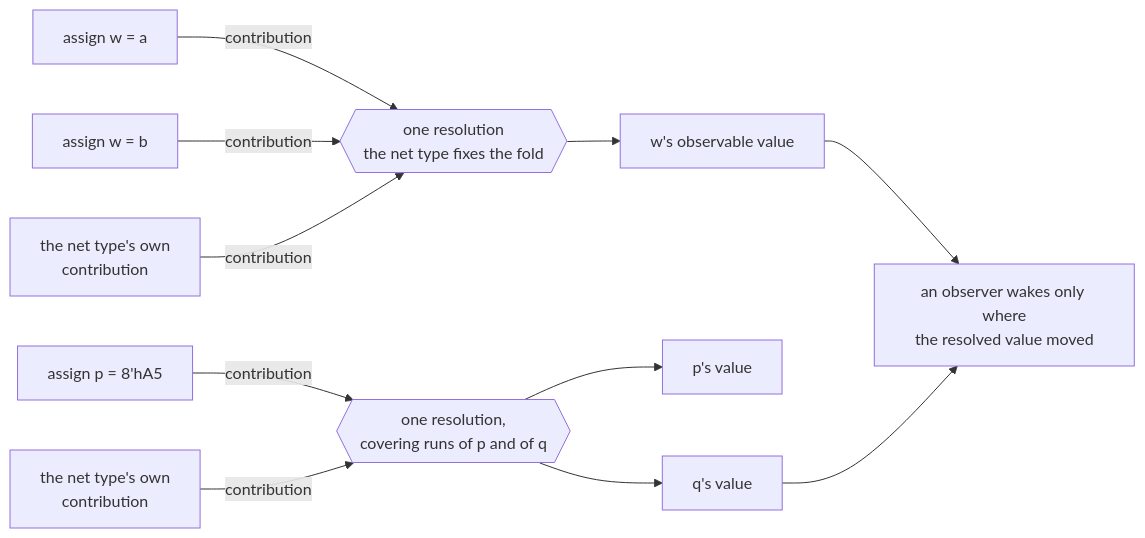
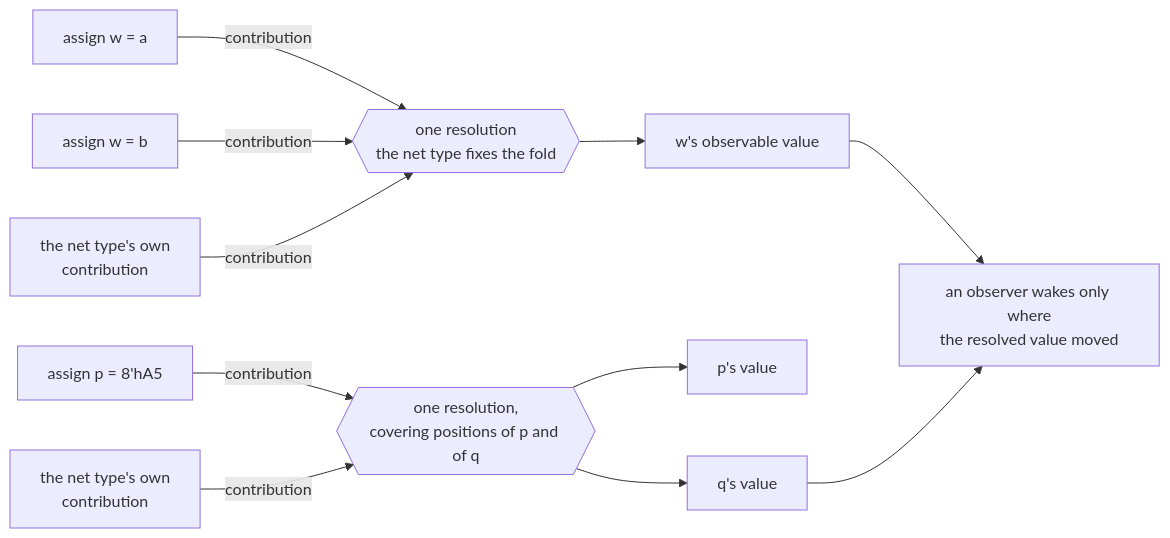
One commit to hankhsu1996/lyra changed the diagram in docs/architecture/net_resolution.md. Above: the diagram before and after it, drawn with Mermaid. The commit also changed other lines of this file and 205 other files, not shown here.

````diff
--- a/docs/architecture/net_resolution.md
+++ b/docs/architecture/net_resolution.md
@@ -189,15 +190,15 @@
 ```mermaid
 flowchart LR
   DA["assign w = a"] -->|contribution| RW
   DB["assign w = b"] -->|contribution| RW
   TW["the net type's own<br/>contribution"] -->|contribution| RW
   RW{{"one resolution<br/>the net type fixes the fold"}} --> W["w's observable value"]
 
   DP["assign p = 8'hA5"] -->|contribution| RP
   TP["the net type's own<br/>contribution"] -->|contribution| RP
-  RP{{"one resolution,<br/>covering runs of p and of q"}} --> P["p's value"]
+  RP{{"one resolution,<br/>covering positions of p and of q"}} --> P["p's value"]
   RP --> Q["q's value"]
 
   W --> OB["an observer wakes only where<br/>the resolved value moved"]
   Q --> OB
 ```
````
